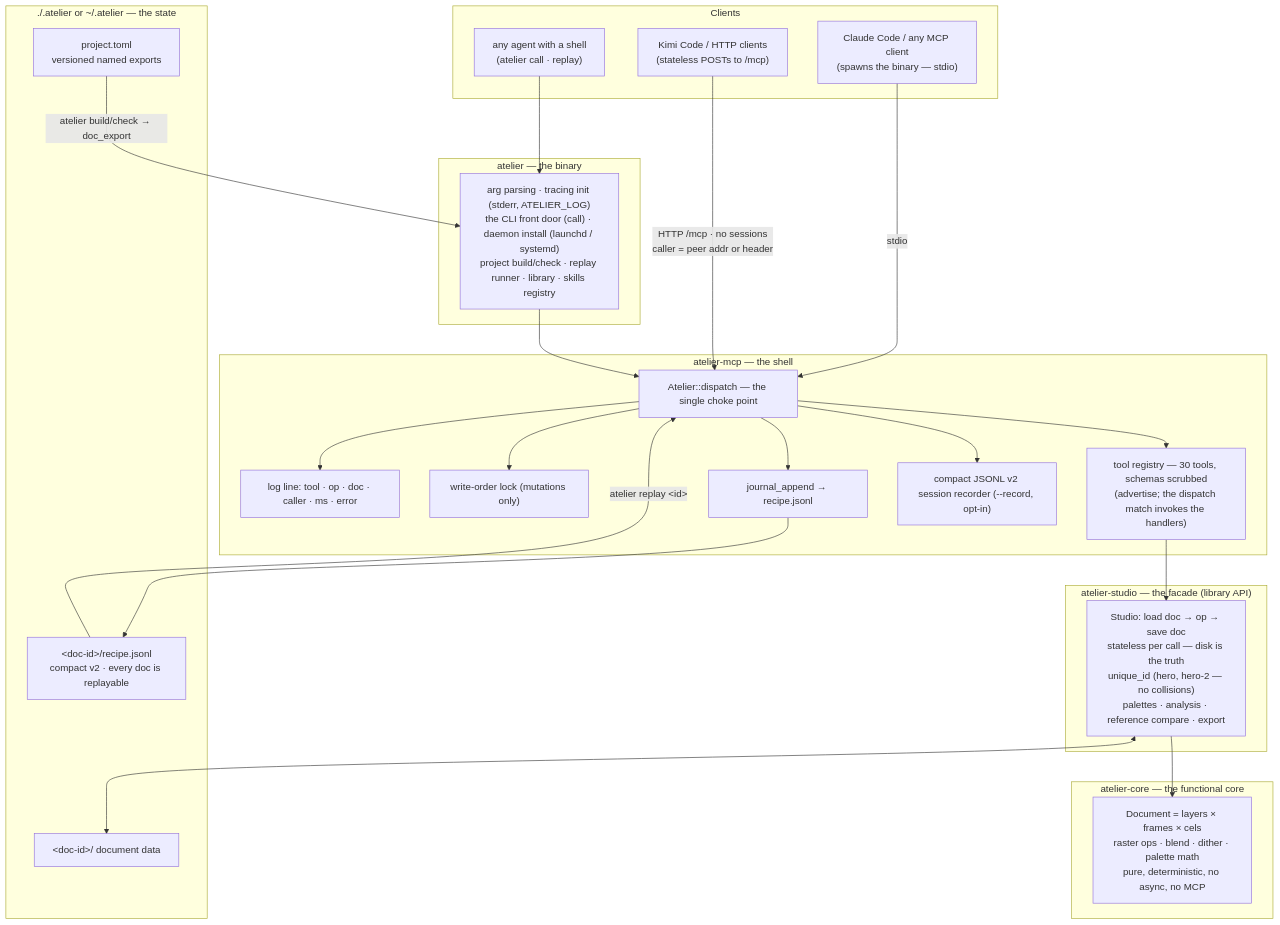
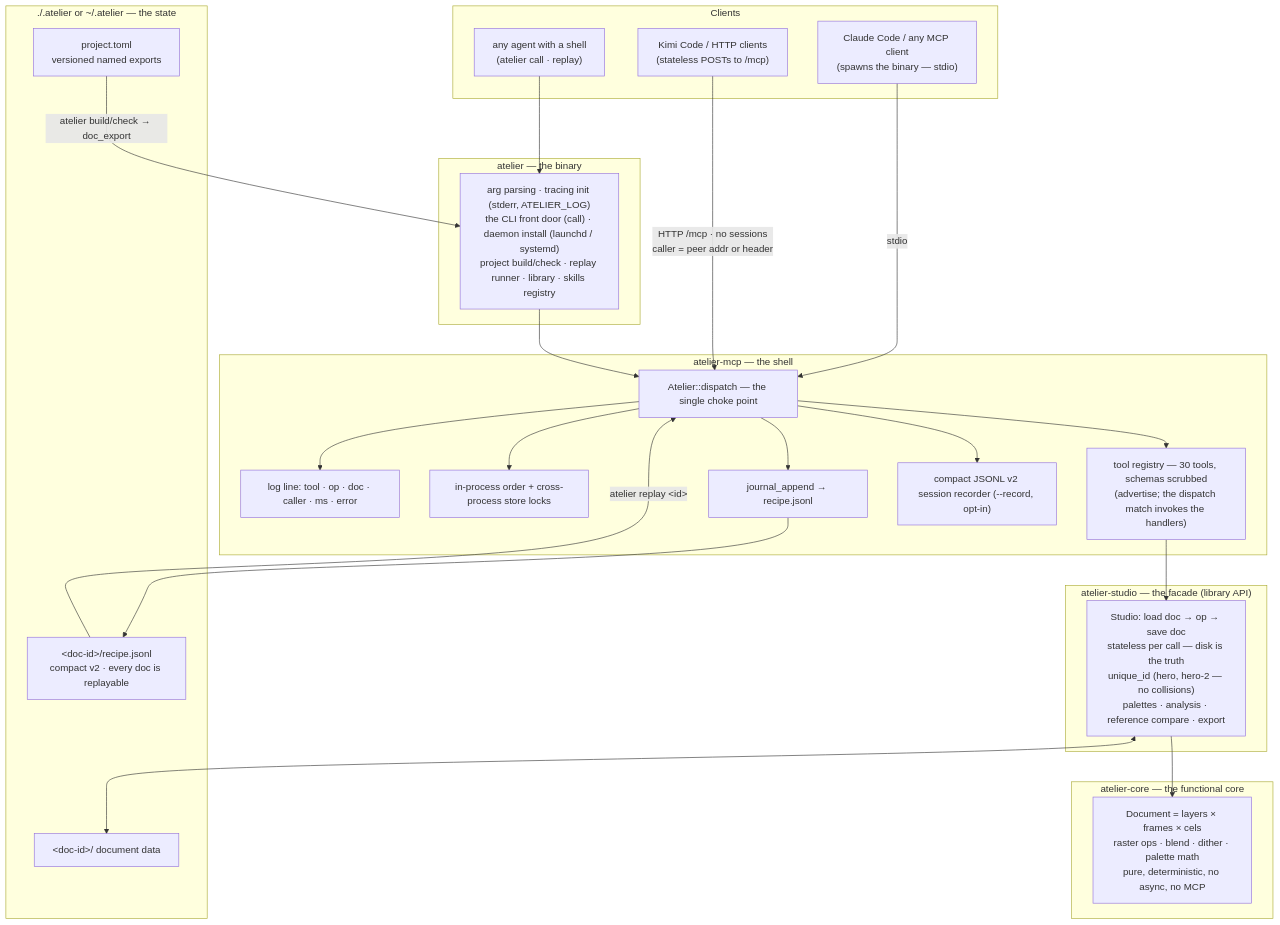
One commit to marmikshah/atelier changed the diagram in docs/ARCHITECTURE.md. Above: the diagram before and after it, drawn with Mermaid. The commit also changed other lines of this file and 14 other files, not shown here.

````diff
--- a/docs/ARCHITECTURE.md
+++ b/docs/ARCHITECTURE.md
@@ -43,51 +43,51 @@
 ```mermaid
 flowchart TB
     subgraph clients["Clients"]
         shell["any agent with a shell<br/>(atelier call · replay)"]
         cc["Claude Code / any MCP client<br/>(spawns the binary — stdio)"]
         kimi["Kimi Code / HTTP clients<br/>(stateless POSTs to /mcp)"]
     end
 
     subgraph bin["atelier — the binary"]
         main["arg parsing · tracing init (stderr, ATELIER_LOG)<br/>the CLI front door (call) · daemon install (launchd / systemd)<br/>project build/check · replay runner · library · skills registry"]
     end
 
     subgraph mcp["atelier-mcp — the shell"]
         dispatch["Atelier::dispatch — the single choke point"]
         log["log line: tool · op · doc · caller · ms · error"]
-        order["write-order lock (mutations only)"]
+        order["in-process order + cross-process store locks"]
         router["tool registry — 30 tools, schemas scrubbed<br/>(advertise; the dispatch match invokes the handlers)"]
         journal["journal_append → recipe.jsonl"]
         recorder["compact JSONL v2 session recorder (--record, opt-in)"]
     end
 
     subgraph studio["atelier-studio — the facade (library API)"]
         facade["Studio: load doc → op → save doc<br/>stateless per call — disk is the truth<br/>unique_id (hero, hero-2 — no collisions)<br/>palettes · analysis · reference compare · export"]
     end
 
     subgraph core["atelier-core — the functional core"]
         model["Document = layers × frames × cels<br/>raster ops · blend · dither · palette math<br/>pure, deterministic, no async, no MCP"]
     end
 
     subgraph disk["./.atelier or ~/.atelier — the state"]
         manifest["project.toml<br/>versioned named exports"]
         store["&lt;doc-id&gt;/ document data"]
         recipe["&lt;doc-id&gt;/recipe.jsonl<br/>compact v2 · every doc is replayable"]
     end
 
     shell --> main
     cc -- stdio --> dispatch
     kimi -- "HTTP /mcp · no sessions<br/>caller = peer addr or header" --> dispatch
     main --> dispatch
     manifest -- "atelier build/check → doc_export" --> main
     dispatch --> log
     dispatch --> order
     dispatch --> router
     dispatch --> journal
     dispatch --> recorder
     router --> facade
     facade --> model
     facade <--> store
     journal --> recipe
     recipe -- "atelier replay &lt;id&gt;" --> dispatch
 ```
````
